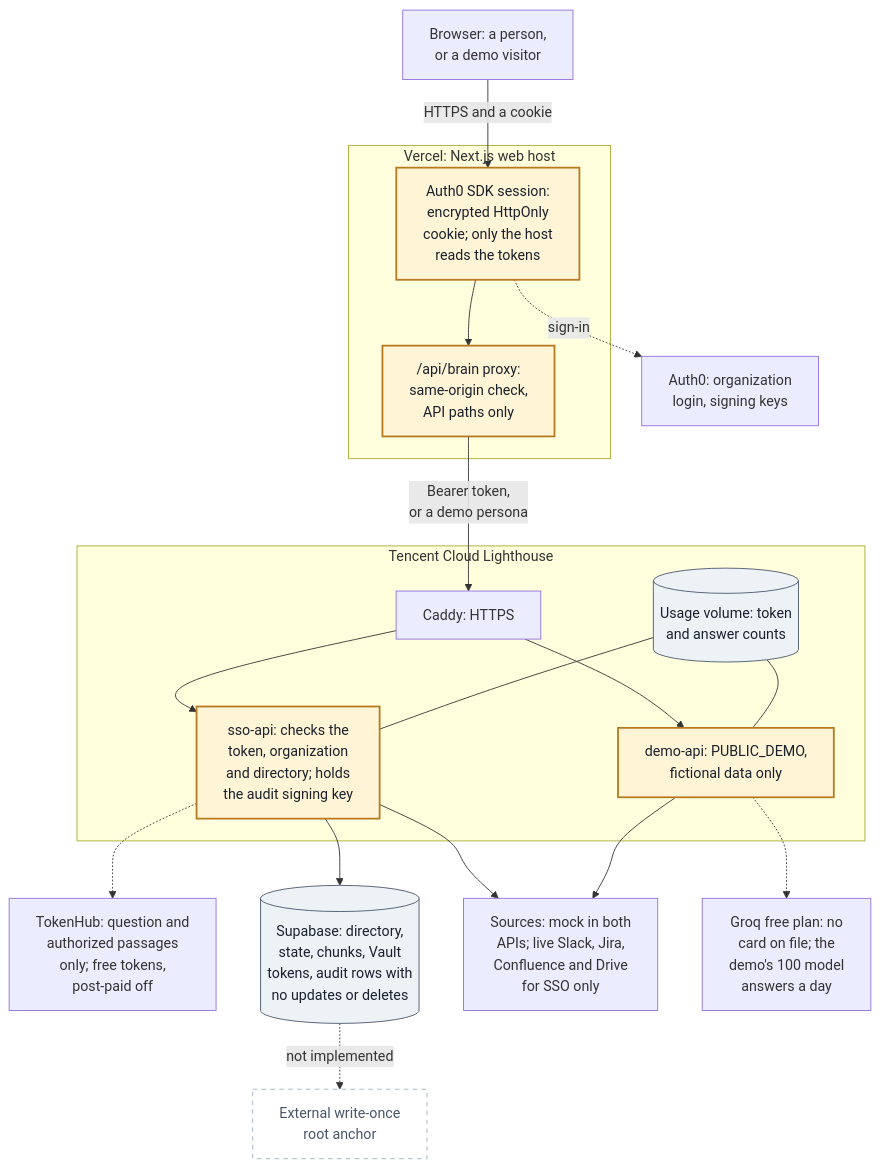
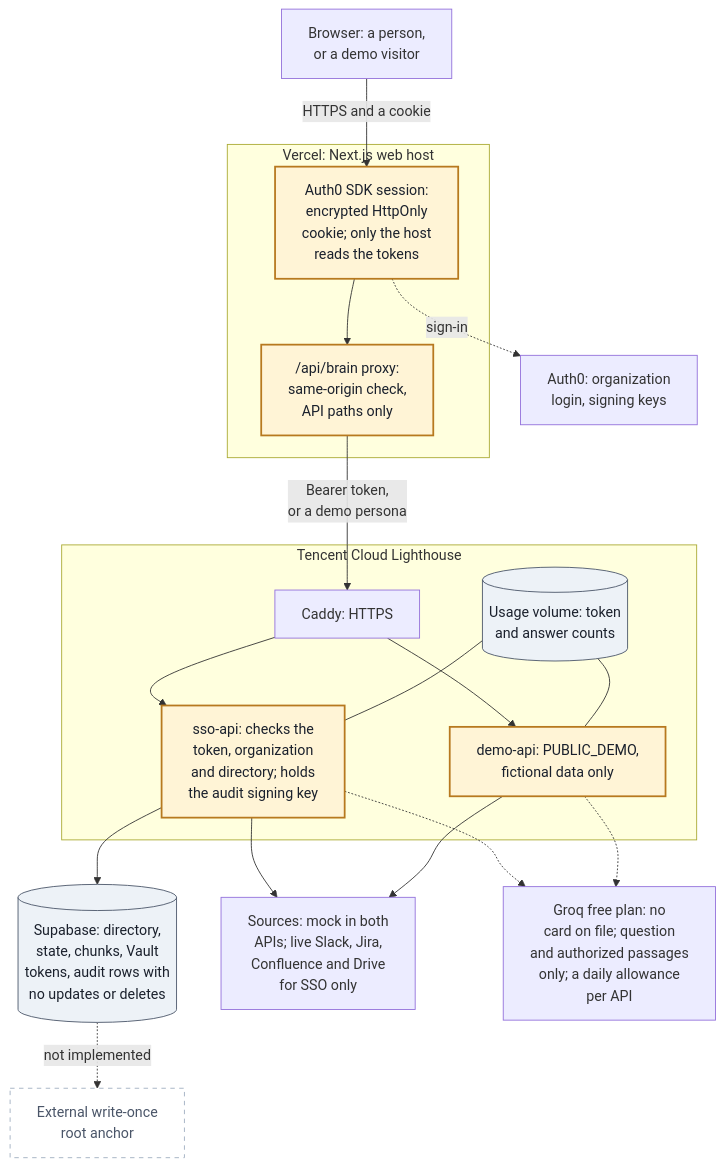
Before and after one commit to Danixjg/Broppy: the diagram in docs/diagrams/deployment.mmd, drawn with Mermaid. The commit also changed 9 other files, not shown here.

First line of the commit message:
docs: no Tencent model; Groq answers on both APIs; log D55

```diff
--- a/docs/diagrams/deployment.mmd
+++ b/docs/diagrams/deployment.mmd
@@ -1,45 +1,44 @@
 flowchart TB
   classDef store fill:#edf2f7,stroke:#4a5568,color:#1a202c
   classDef guard fill:#fff4d6,stroke:#b7791f,stroke-width:2px,color:#1a202c
   classDef missing fill:#ffffff,stroke:#a0aec0,stroke-dasharray:5 5,color:#4a5568
 
   Visitor["Browser: a person,<br/>or a demo visitor"]
 
   subgraph Vercel["Vercel: Next.js web host"]
     Session["Auth0 SDK session:<br/>encrypted HttpOnly<br/>cookie; only the host<br/>reads the tokens"]
     Proxy["/api/brain proxy:<br/>same-origin check,<br/>API paths only"]
   end
 
   Auth0["Auth0: organization<br/>login, signing keys"]
 
   subgraph Lighthouse["Tencent Cloud Lighthouse"]
     Caddy["Caddy: HTTPS"]
     Usage[("Usage volume: token<br/>and answer counts")]
     SsoAPI["sso-api: checks the<br/>token, organization<br/>and directory; holds<br/>the audit signing key"]
     DemoAPI["demo-api: PUBLIC_DEMO,<br/>fictional data only"]
   end
 
-  TokenHub["TokenHub: question and<br/>authorized passages<br/>only; free tokens,<br/>post-paid off"]
   Supabase[("Supabase: directory,<br/>state, chunks, Vault<br/>tokens, audit rows with<br/>no updates or deletes")]
   Sources["Sources: mock in both<br/>APIs; live Slack, Jira,<br/>Confluence and Drive<br/>for SSO only"]
-  Groq["Groq free plan: no<br/>card on file; the<br/>demo's 100 model<br/>answers a day"]
+  Groq["Groq free plan: no<br/>card on file; question<br/>and authorized passages<br/>only; a daily allowance<br/>per API"]
   Anchor["External write-once<br/>root anchor"]
 
   Visitor -->|"HTTPS and a cookie"| Session
   Session --> Proxy
   Session -.->|"sign-in"| Auth0
   Proxy -->|"Bearer token,<br/>or a demo persona"| Caddy
   Caddy --> SsoAPI
   Caddy --> DemoAPI
   Usage --- SsoAPI
   Usage --- DemoAPI
-  SsoAPI -.-> TokenHub
+  SsoAPI -.-> Groq
   SsoAPI --> Supabase
   SsoAPI --> Sources
   DemoAPI --> Sources
   DemoAPI -.-> Groq
   Supabase -.->|"not implemented"| Anchor
 
   class Session,Proxy,SsoAPI,DemoAPI guard
   class Supabase,Usage store
   class Anchor missing
```
